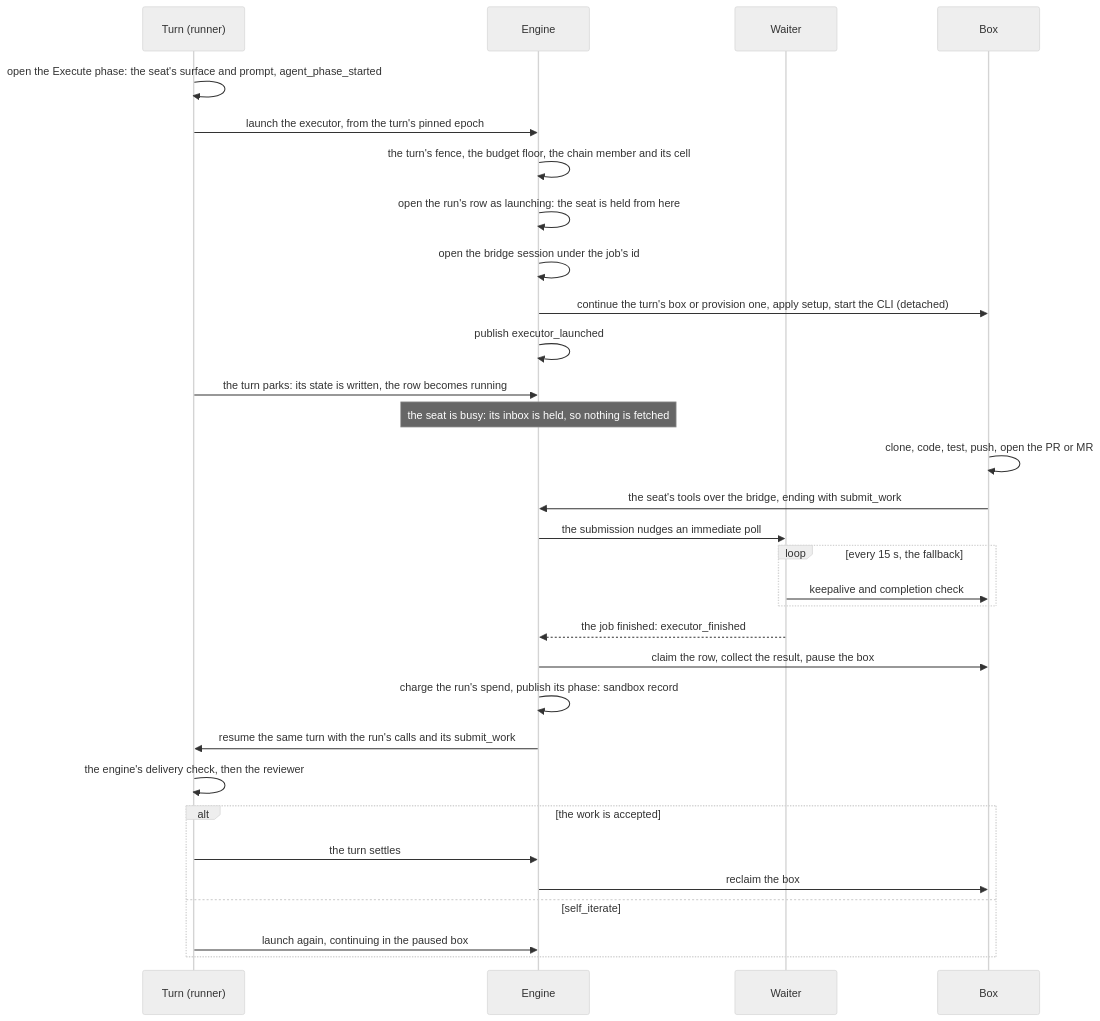
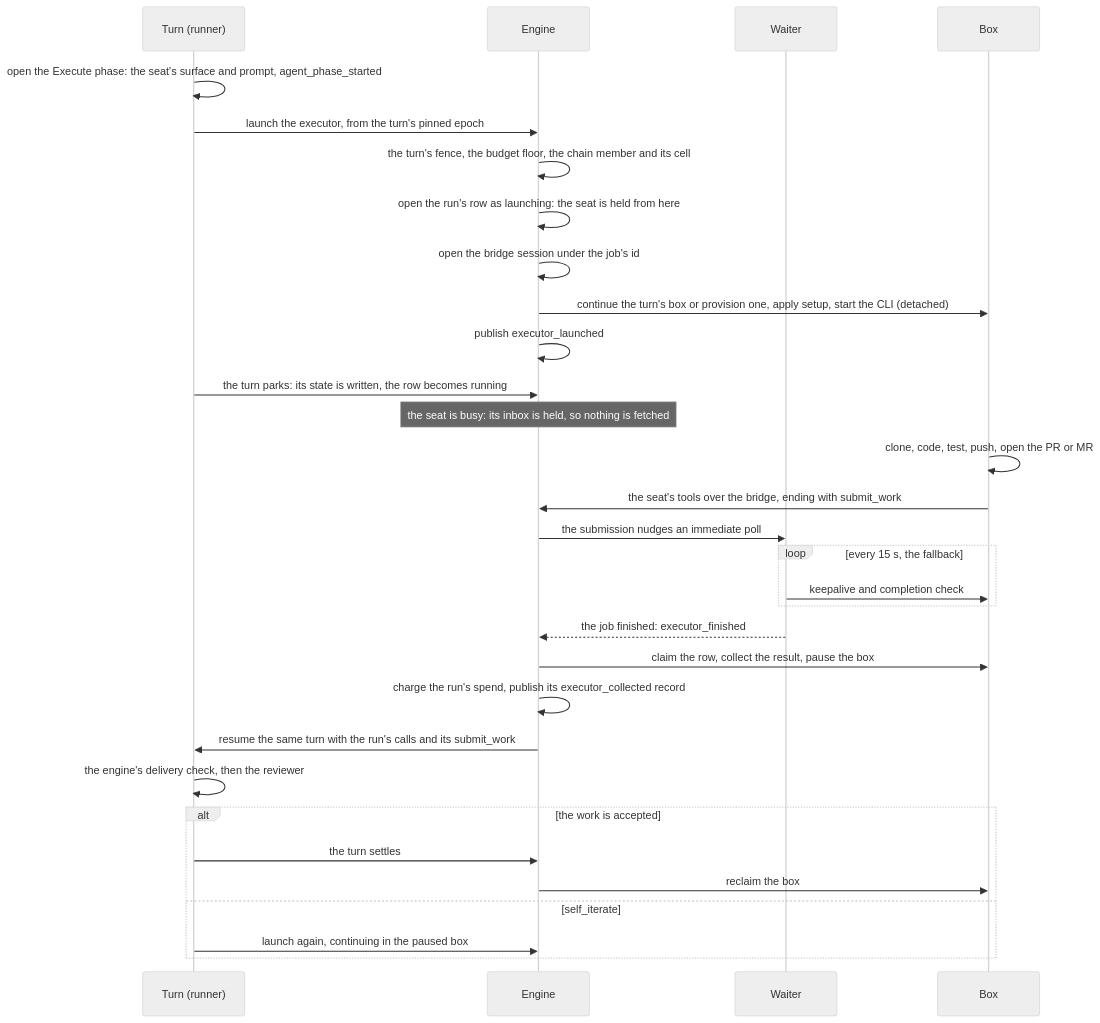
Before and after one commit to crewlet/crewlet: the first of 3 diagrams in docs/concepts/code-sandbox.md, drawn with Mermaid (neutral theme). The commit also changed other lines of this file and 374 other files, not shown here.

````diff
--- a/docs/concepts/code-sandbox.md
+++ b/docs/concepts/code-sandbox.md
@@ -23,33 +23,33 @@
 ```mermaid
 sequenceDiagram
     participant T as Turn (runner)
     participant E as Engine
     participant W as Waiter
     participant B as Box
     T->>T: open the Execute phase: the seat's surface and prompt, agent_phase_started
     T->>E: launch the executor, from the turn's pinned epoch
     E->>E: the turn's fence, the budget floor, the chain member and its cell
     E->>E: open the run's row as launching: the seat is held from here
     E->>E: open the bridge session under the job's id
     E->>B: continue the turn's box or provision one, apply setup, start the CLI (detached)
     E->>E: publish executor_launched
     T->>E: the turn parks: its state is written, the row becomes running
     Note over E: the seat is busy: its inbox is held, so nothing is fetched
     B->>B: clone, code, test, push, open the PR or MR
     B->>E: the seat's tools over the bridge, ending with submit_work
     E->>W: the submission nudges an immediate poll
     loop every 15 s, the fallback
         W->>B: keepalive and completion check
     end
     W-->>E: the job finished: executor_finished
     E->>B: claim the row, collect the result, pause the box
-    E->>E: charge the run's spend, publish its phase: sandbox record
+    E->>E: charge the run's spend, publish its executor_collected record
     E->>T: resume the same turn with the run's calls and its submit_work
     T->>T: the engine's delivery check, then the reviewer
     alt the work is accepted
         T->>E: the turn settles
         E->>B: reclaim the box
     else self_iterate
         T->>E: launch again, continuing in the paused box
     end
 ```
````
